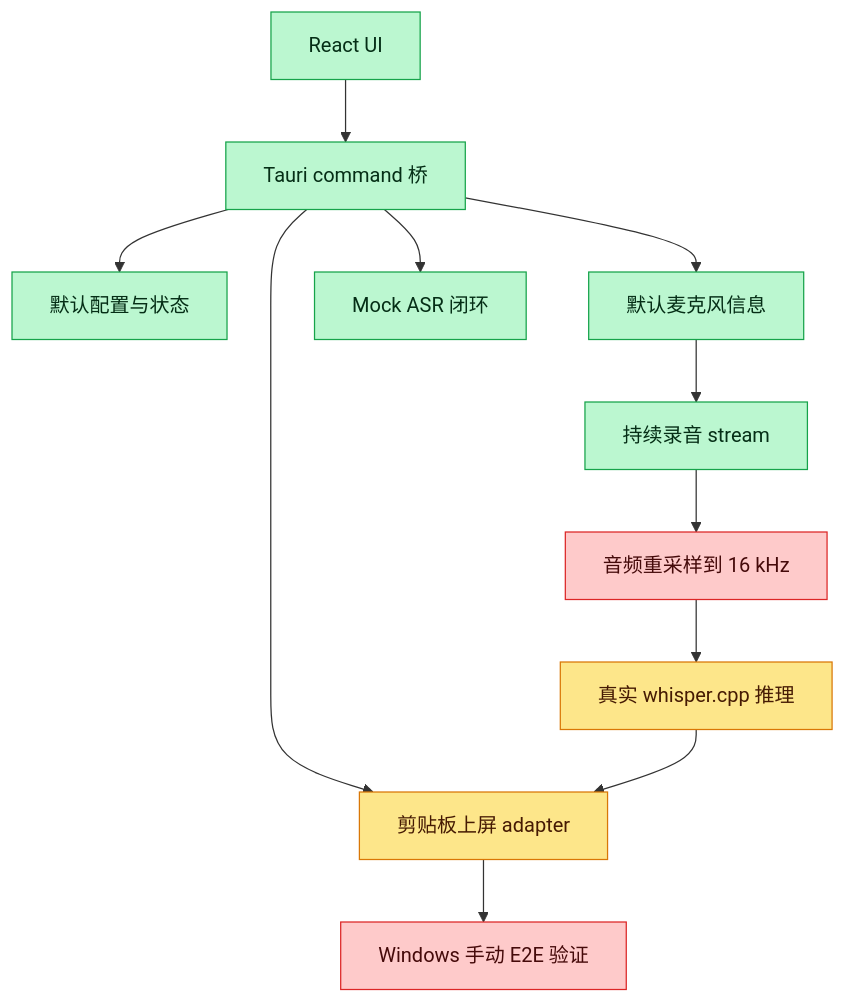
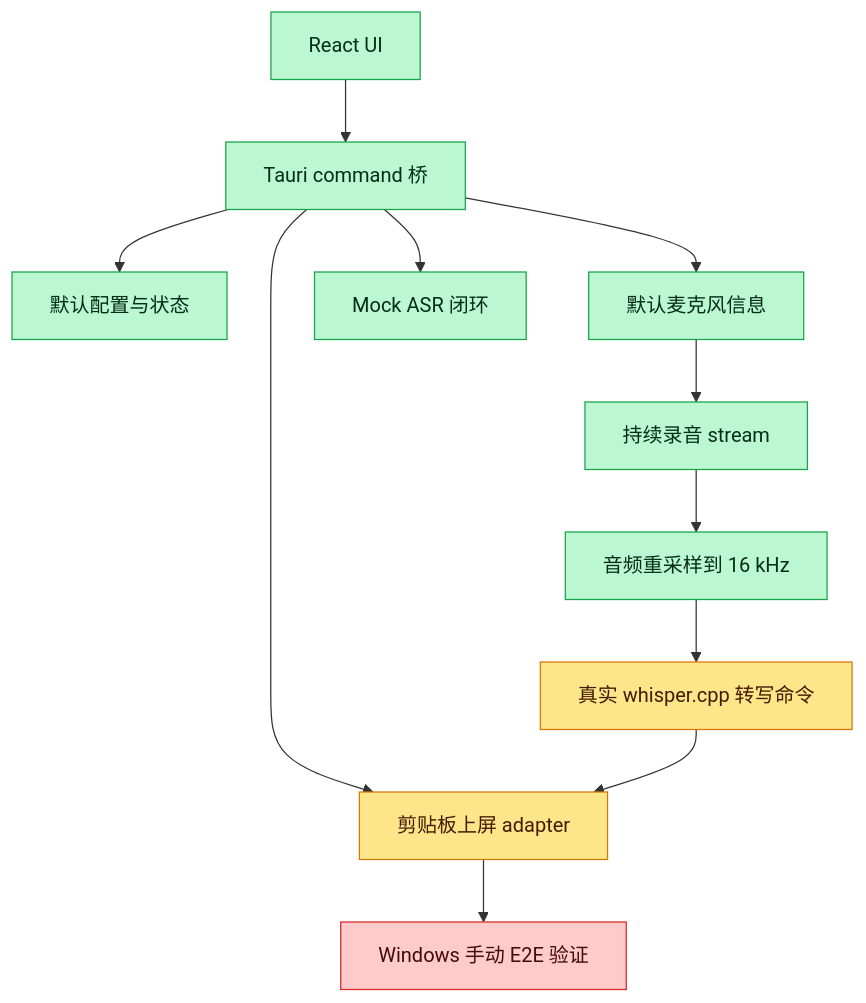
The third of 4 diagrams in docs/guide/run-and-understand.md (snowcraneww/vox-type), drawn with Mermaid before and after one commit. The commit also changed other lines of this file and 10 other files, not shown here.

Commit message:
feat: transcribe last recording with whisper cpp

````diff
--- a/docs/guide/run-and-understand.md
+++ b/docs/guide/run-and-understand.md
@@ -326,17 +368,17 @@
 ```mermaid
 flowchart TD
   classDef done fill:#bbf7d0,stroke:#16a34a,color:#052e16
   classDef partial fill:#fde68a,stroke:#d97706,color:#451a03
   classDef todo fill:#fecaca,stroke:#dc2626,color:#450a0a
 
   A[React UI]:::done --> B[Tauri command 桥]:::done
   B --> C[默认配置与状态]:::done
   B --> D[默认麦克风信息]:::done
   B --> E[Mock ASR 闭环]:::done
   B --> F[剪贴板上屏 adapter]:::partial
   D --> G[持续录音 stream]:::done
-  G --> H[音频重采样到 16 kHz]:::todo
-  H --> I[真实 whisper.cpp 推理]:::partial
+  G --> H[音频重采样到 16 kHz]:::done
+  H --> I[真实 whisper.cpp 转写命令]:::partial
   I --> F
   F --> J[Windows 手动 E2E 验证]:::todo
 ```
````
